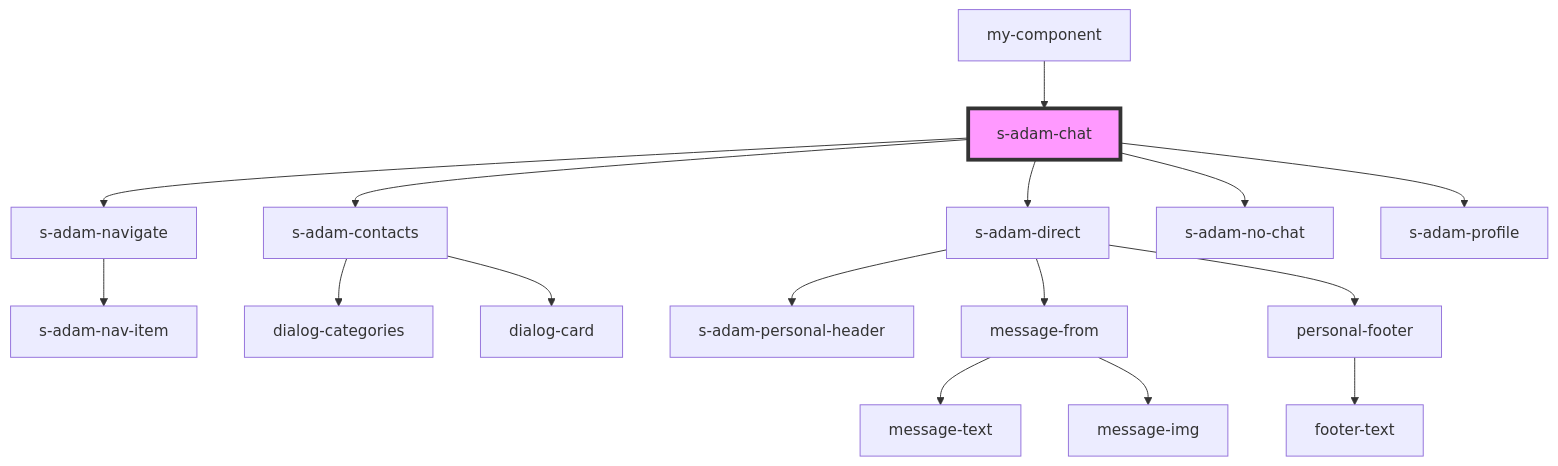
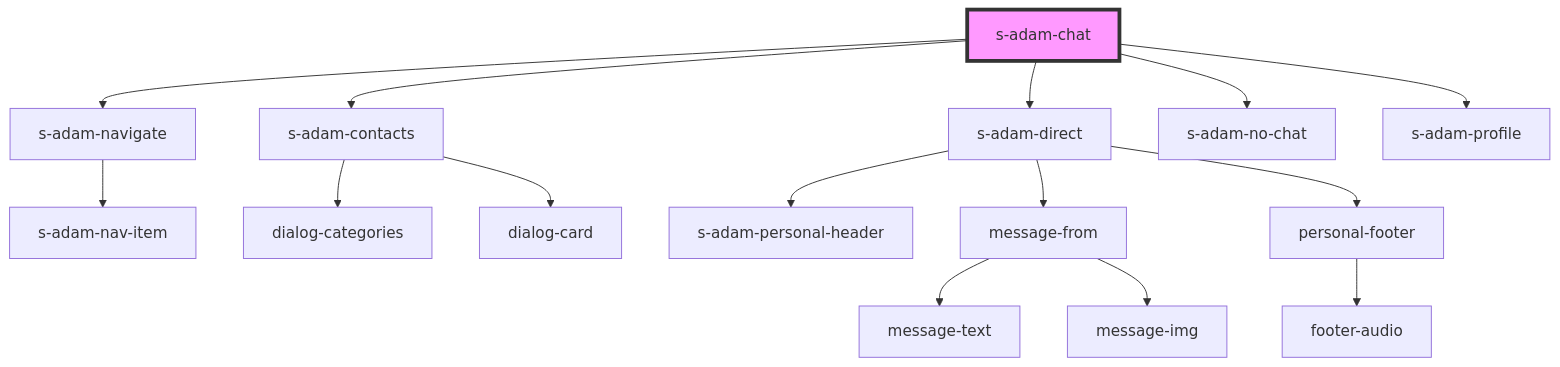
One commit to saqhan/stencil-chat changed the diagram in src/components/comp/s-adam-chat/readme.md. Above: the diagram before and after it, drawn with Mermaid. The commit also changed other lines of this file and 27 other files, not shown here.

````diff
--- a/src/components/comp/s-adam-chat/readme.md
+++ b/src/components/comp/s-adam-chat/readme.md
@@ -23,19 +19,18 @@
 ```mermaid
 graph TD;
   s-adam-chat --> s-adam-navigate
   s-adam-chat --> s-adam-contacts
   s-adam-chat --> s-adam-direct
   s-adam-chat --> s-adam-no-chat
   s-adam-chat --> s-adam-profile
   s-adam-navigate --> s-adam-nav-item
   s-adam-contacts --> dialog-categories
   s-adam-contacts --> dialog-card
   s-adam-direct --> s-adam-personal-header
   s-adam-direct --> message-from
   s-adam-direct --> personal-footer
   message-from --> message-text
   message-from --> message-img
-  personal-footer --> footer-text
-  my-component --> s-adam-chat
+  personal-footer --> footer-audio
   style s-adam-chat fill:#f9f,stroke:#333,stroke-width:4px
 ```
````
